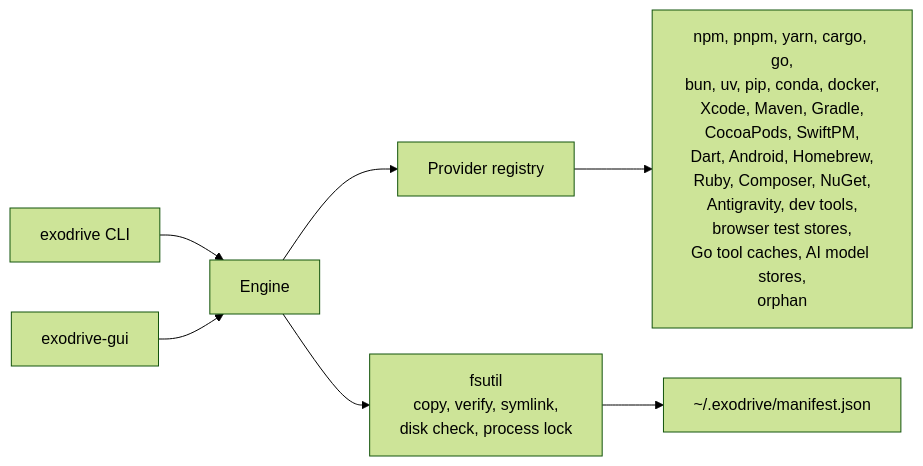
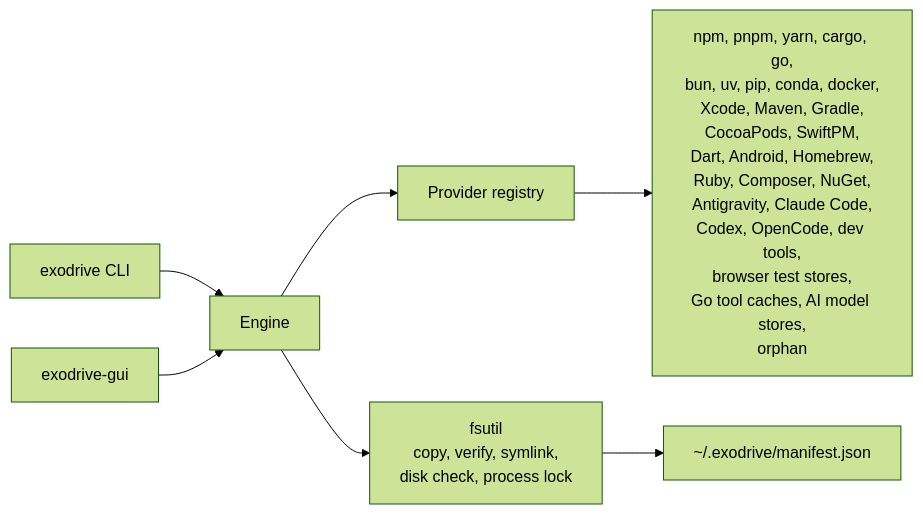
The diagram in README.md (Jungley8/exodrive), drawn with Mermaid (forest theme) before and after one commit. The commit also changed other lines of this file and 9 other files, not shown here.

First line of the commit message:
feat(agents): move the Claude Code, Codex, and OpenCode history (#2)

````diff
--- a/README.md
+++ b/README.md
@@ -43,9 +43,9 @@
 ```mermaid
 flowchart LR
     CLI["exodrive CLI"] --> Engine
     GUI["exodrive-gui"] --> Engine
     Engine --> Registry["Provider registry"]
-    Registry --> P["npm, pnpm, yarn, cargo, go,<br/>bun, uv, pip, conda, docker,<br/>Xcode, Maven, Gradle,<br/>CocoaPods, SwiftPM,<br/>Dart, Android, Homebrew,<br/>Ruby, Composer, NuGet,<br/>Antigravity, dev tools,<br/>browser test stores,<br/>Go tool caches, AI model stores,<br/>orphan"]
+    Registry --> P["npm, pnpm, yarn, cargo, go,<br/>bun, uv, pip, conda, docker,<br/>Xcode, Maven, Gradle,<br/>CocoaPods, SwiftPM,<br/>Dart, Android, Homebrew,<br/>Ruby, Composer, NuGet,<br/>Antigravity, Claude Code,<br/>Codex, OpenCode, dev tools,<br/>browser test stores,<br/>Go tool caches, AI model stores,<br/>orphan"]
     Engine --> FS["fsutil<br/>copy, verify, symlink,<br/>disk check, process lock"]
     FS --> Ledger["~/.exodrive/manifest.json"]
 ```
````
